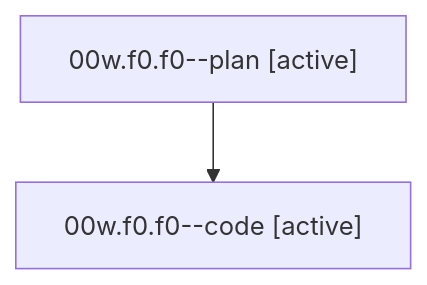
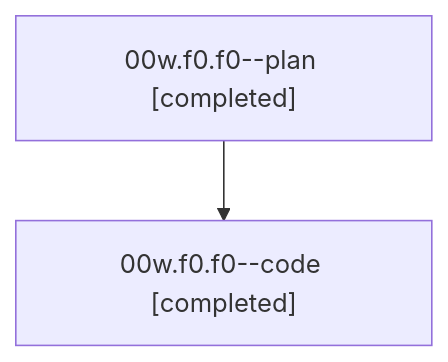
One commit to bobs-org/bob-cli--agents changed the diagram in families/bbugyi200.athena.00w.f0.f0.md. Above: the diagram before and after it, drawn with Mermaid. The commit also changed other lines of this file and 248 other files, not shown here.

````diff
--- a/families/bbugyi200.athena.00w.f0.f0.md
+++ b/families/bbugyi200.athena.00w.f0.f0.md
@@ -9,6 +9,6 @@
 ```mermaid
 flowchart TD
-  n0["00w.f0.f0--plan [active]"]
-  n1["00w.f0.f0--code [active]"]
+  n0["00w.f0.f0--plan [completed]"]
+  n1["00w.f0.f0--code [completed]"]
   n0 --> n1
 ```
````
